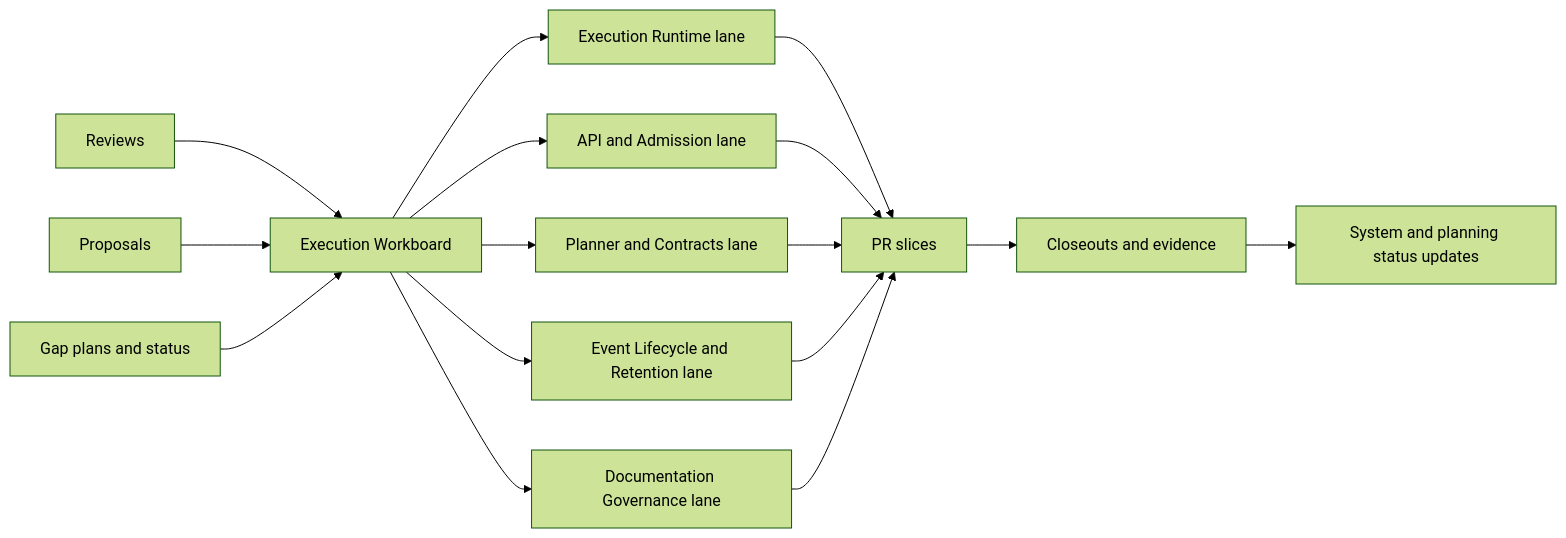
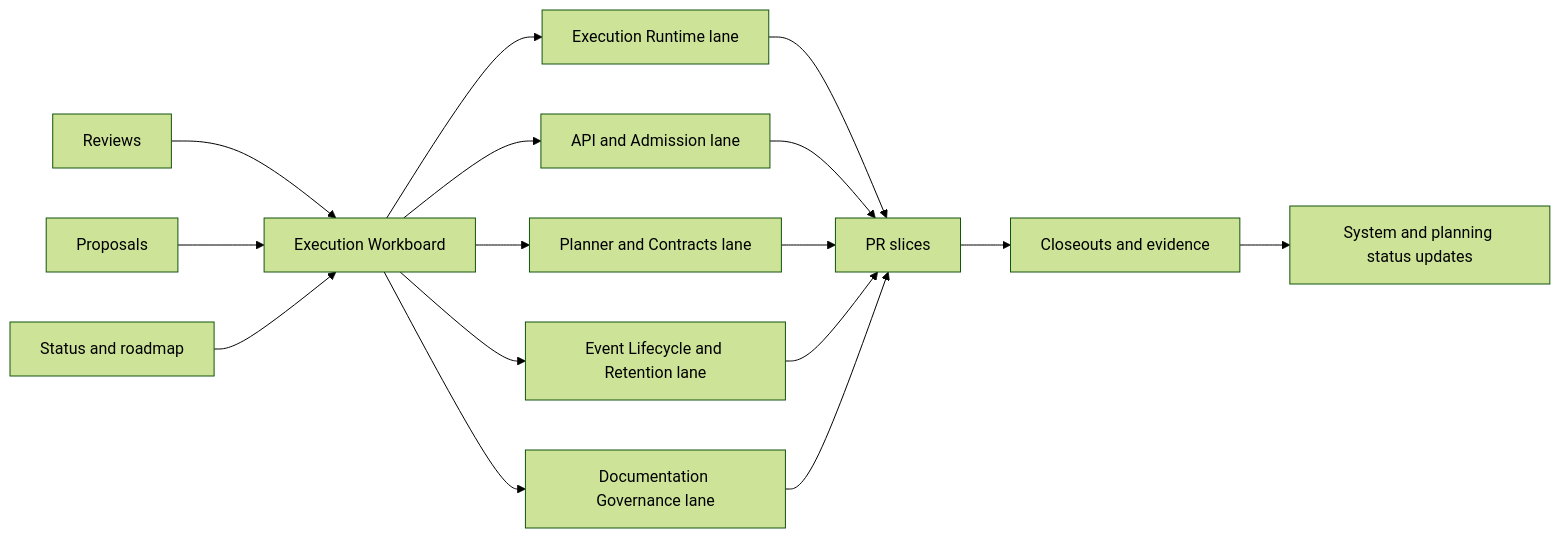
Before and after one commit to dunay2/dvt: the diagram in docs/planning/roadmap/diagrams/execution-tracking-flow.md, drawn with Mermaid (forest theme). The commit also changed other lines of this file and 63 other files, not shown here.

Commit message:
docs(docs): Reconcile architecture docs and frontend convergence planning

````diff
--- a/docs/planning/roadmap/diagrams/execution-tracking-flow.md
+++ b/docs/planning/roadmap/diagrams/execution-tracking-flow.md
@@ -14,25 +14,25 @@
 ```mermaid
 flowchart LR
   REV[Reviews]
   PROP[Proposals]
-  GAP[Gap plans and status]
+  STATUS[Status and roadmap]
 
   REV --> WB[Execution Workboard]
   PROP --> WB
-  GAP --> WB
+  STATUS --> WB
 
   WB --> L1[Execution Runtime lane]
   WB --> L2[API and Admission lane]
   WB --> L3[Planner and Contracts lane]
   WB --> L4[Event Lifecycle and Retention lane]
   WB --> L5[Documentation Governance lane]
 
   L1 --> PR[PR slices]
   L2 --> PR
   L3 --> PR
   L4 --> PR
   L5 --> PR
 
   PR --> CLO[Closeouts and evidence]
-  CLO --> STATUS[System and planning status updates]
+  CLO --> SYNC[System and planning status updates]
 ```
````
